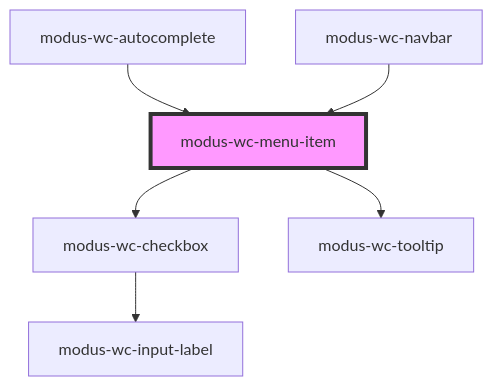
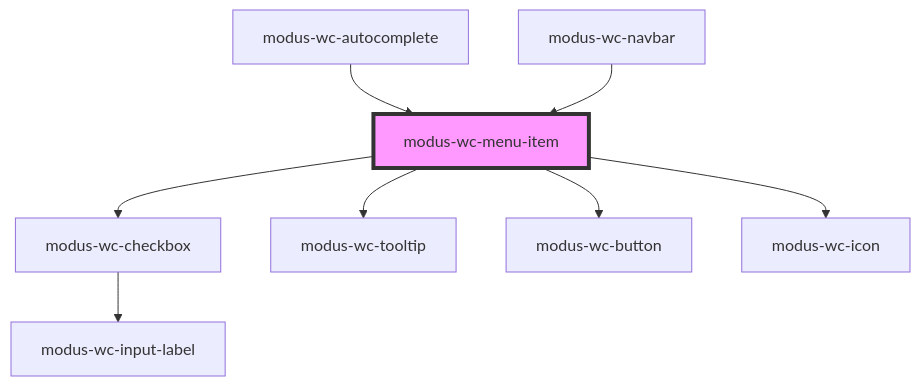
The diagram in src/components/modus-wc-menu-item/readme.md (trimble-oss/modus-wc-2.0), drawn with Mermaid before and after one commit. The commit also changed other lines of this file and 3 other files, not shown here.

````diff
--- a/src/components/modus-wc-menu-item/readme.md
+++ b/src/components/modus-wc-menu-item/readme.md
@@ -67,9 +70,11 @@
 ```mermaid
 graph TD;
   modus-wc-menu-item --> modus-wc-checkbox
   modus-wc-menu-item --> modus-wc-tooltip
+  modus-wc-menu-item --> modus-wc-button
+  modus-wc-menu-item --> modus-wc-icon
   modus-wc-checkbox --> modus-wc-input-label
   modus-wc-autocomplete --> modus-wc-menu-item
   modus-wc-navbar --> modus-wc-menu-item
   style modus-wc-menu-item fill:#f9f,stroke:#333,stroke-width:4px
 ```
````
